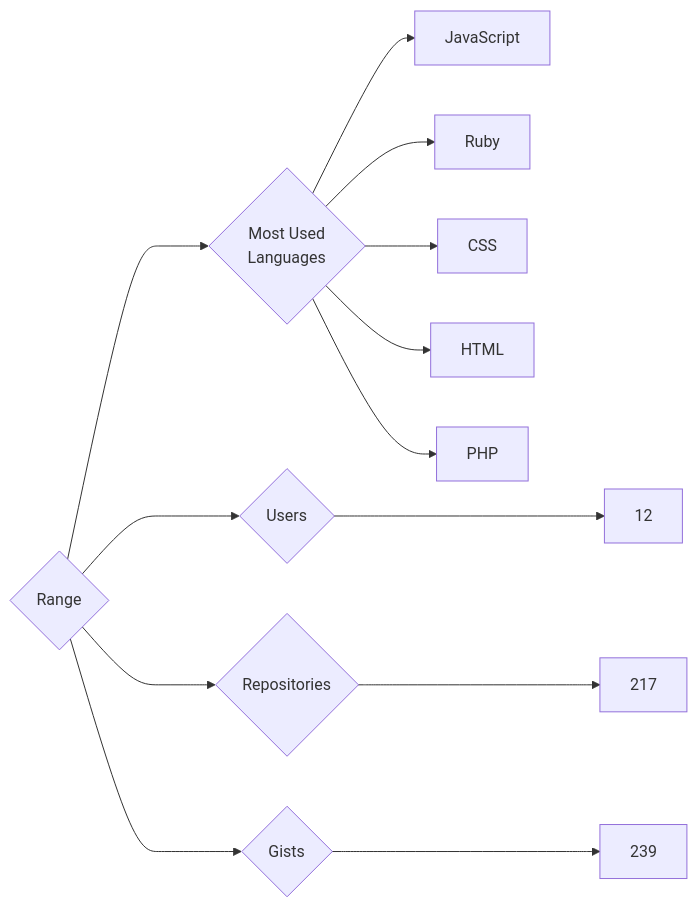
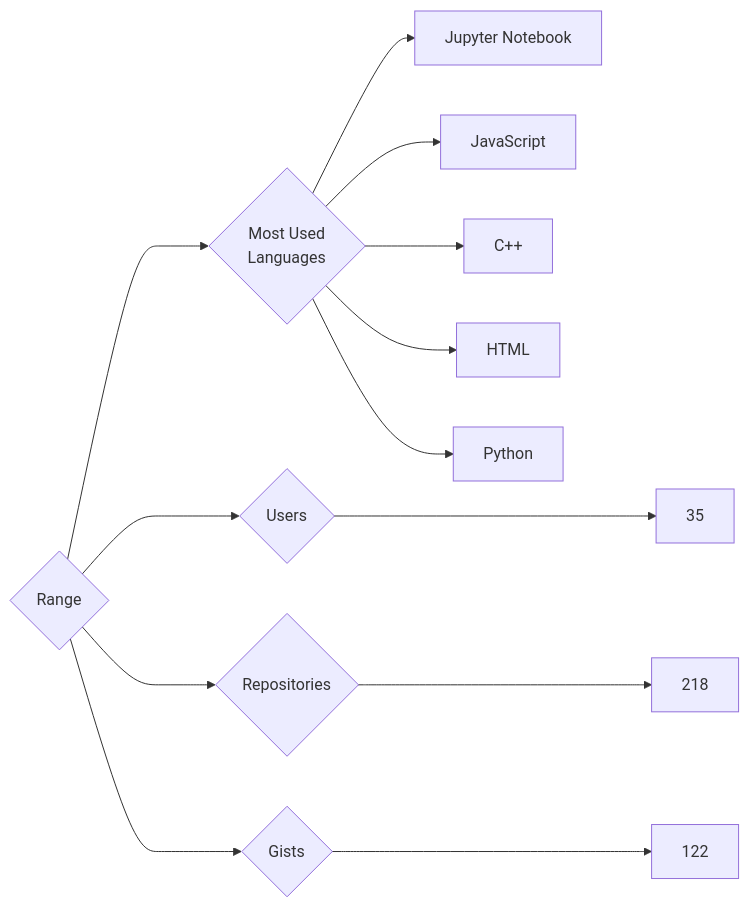
Before and after one commit to trickest/insiders: the diagram in targets/Range/README.md, drawn with Mermaid. The commit also changed 886 other files, not shown here.

````diff
--- a/targets/Range/README.md
+++ b/targets/Range/README.md
@@ -3,13 +3,13 @@
 ```mermaid
 graph LR
 COMPANY_NAME{Range}
-COMPANY_NAME ---> U{Users} ---> UN[12]
-COMPANY_NAME ---> R{Repositories} ---> RN[217]
-COMPANY_NAME ---> G{Gists} ---> GN[239]
+COMPANY_NAME ---> U{Users} ---> UN[35]
+COMPANY_NAME ---> R{Repositories} ---> RN[218]
+COMPANY_NAME ---> G{Gists} ---> GN[122]
 COMPANY_NAME ---> ML{Most Used<br>Languages}
+ML --> Jupyter_Notebook[Jupyter Notebook]
 ML --> JavaScript[JavaScript]
-ML --> Ruby[Ruby]
-ML --> CSS[CSS]
+ML --> C++[C++]
 ML --> HTML[HTML]
-ML --> PHP[PHP]
+ML --> Python[Python]
 ```
````
